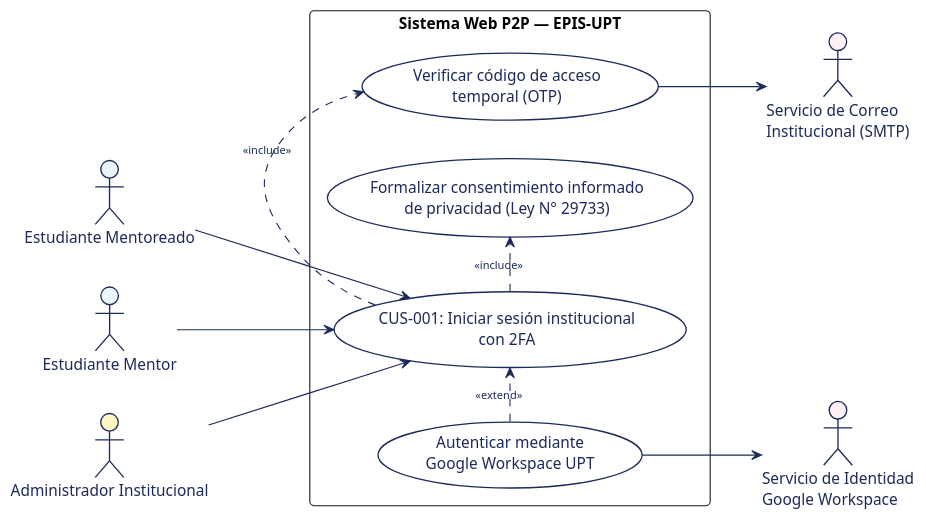
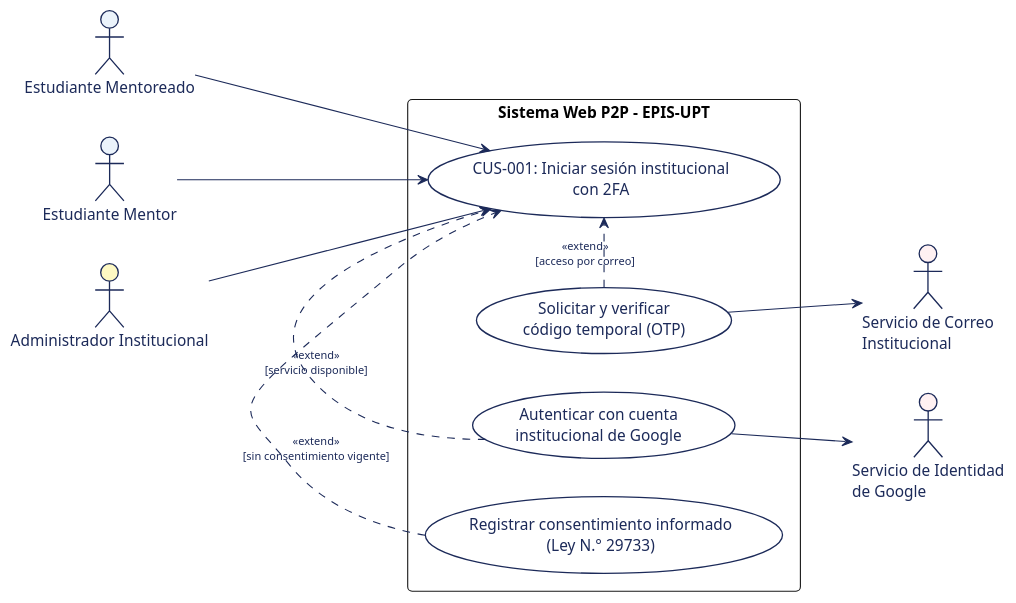
One commit to JMedina255/sistema_web_p2p changed the diagram in docs/narrativas/diagramas/plantuml/CUS-001_caso_de_uso.puml. Above: the diagram before and after it, drawn with PlantUML. The commit also changed other lines of this file and 9 other files, not shown here.

Commit message:
docs(cus001): alinear narrativa y diagramas con la implementacion

```diff
--- a/docs/narrativas/diagramas/plantuml/CUS-001_caso_de_uso.puml
+++ b/docs/narrativas/diagramas/plantuml/CUS-001_caso_de_uso.puml
@@ -6,50 +6,49 @@
 @startuml
 left to right direction
 skinparam packageStyle rectangle
 skinparam shadowing false
 skinparam roundcorner 8
 skinparam defaultFontName Arial
 skinparam fontSize 11
 
 skinparam actor {
   BorderColor #1C2A59
   BorderThickness 1.2
   FontColor #1C2A59
 }
 
 skinparam usecase {
   BackgroundColor #FFFFFF
   BorderColor #1C2A59
   BorderThickness 1.2
   FontColor #1C2A59
   ArrowColor #1C2A59
   ArrowFontColor #1C2A59
   ArrowFontSize 10
 }
 
 actor "Estudiante Mentoreado" as Mentoreado #EBF3FB
 actor "Estudiante Mentor" as Mentor #EBF3FB
 actor "Administrador Institucional" as Admin #FEF9C3
+actor "Servicio de Correo\nInstitucional" as Correo #FFF1F2
+actor "Servicio de Identidad\nde Google" as Google #FFF1F2
 
-actor "Servicio de Correo\nInstitucional (SMTP)" as Correo #FFF1F2
-actor "Servicio de Identidad\nGoogle Workspace" as Google #FFF1F2
-
-rectangle "Sistema Web P2P — EPIS-UPT" {
+rectangle "Sistema Web P2P - EPIS-UPT" {
   usecase "CUS-001: Iniciar sesión institucional\ncon 2FA" as CUS01
-  usecase "Verificar código de acceso\ntemporal (OTP)" as UC_OTP
-  usecase "Formalizar consentimiento informado\nde privacidad (Ley N° 29733)" as UC_Consent
-  usecase "Autenticar mediante\nGoogle Workspace UPT" as UC_Google
+  usecase "Solicitar y verificar\ncódigo temporal (OTP)" as UC_OTP
+  usecase "Autenticar con cuenta\ninstitucional de Google" as UC_Google
+  usecase "Registrar consentimiento informado\n(Ley N.° 29733)" as UC_Consent
 }
 
 Mentoreado --> CUS01
 Mentor --> CUS01
 Admin --> CUS01
 
-CUS01 .> UC_OTP : <<include>>
-CUS01 .> UC_Consent : <<include>>
-UC_Google .> CUS01 : <<extend>>
+UC_OTP .> CUS01 : <<extend>>\n[acceso por correo]
+UC_Google .> CUS01 : <<extend>>\n[servicio disponible]
+UC_Consent .> CUS01 : <<extend>>\n[sin consentimiento vigente]
 
 UC_OTP --> Correo
 UC_Google --> Google
 
 @enduml
```
